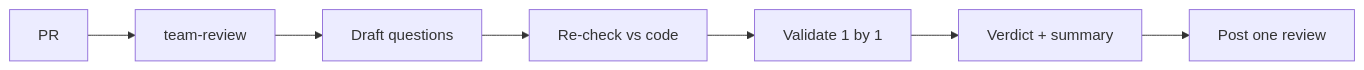
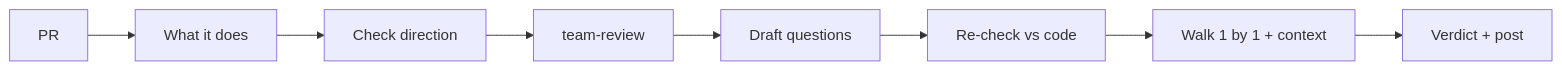
The second of 3 diagrams in plugins/empire-dev/README.md (marcoskichel/elevator-pitch-skill), drawn with Mermaid before and after one commit. The commit also changed other lines of this file and 2 other files, not shown here.

Commit message:
feat(empire-dev): add understand + direction steps to socratic review (#28)
Lead the socratic PR review with context and cut confirmation noise.

- Add an `understand` phase: parallel agents read the description, diff, and
  integration, then say in plain words what the PR does.
- Add a `check-direction` phase: flag tradeoffs and propose a better
  alternative only when one is clearly better, before spending the review.
- Give each walked comment a short plain-language note on the code it
  touches, so the author can weigh in with authority.
- Confirm sparingly: skip re-confirming an obvious target; collapse the old
  verdict-approval and pre-post gates into one post confirmation.
- Rewrite the skill in teammate voice: short phrases, plain words.

````diff
--- a/plugins/empire-dev/README.md
+++ b/plugins/empire-dev/README.md
@@ -47,9 +47,10 @@
 ```mermaid
 flowchart LR
-  pr[PR] --> tr[team-review]
+  pr[PR] --> what[What it does]
+  what --> dir[Check direction]
+  dir --> tr[team-review]
   tr --> draft[Draft questions]
   draft --> recheck[Re-check vs code]
-  recheck --> validate[Validate 1 by 1]
-  validate --> verdict[Verdict + summary]
-  verdict --> post[Post one review]
+  recheck --> walk[Walk 1 by 1 + context]
+  walk --> verdict[Verdict + post]
 ```
````
